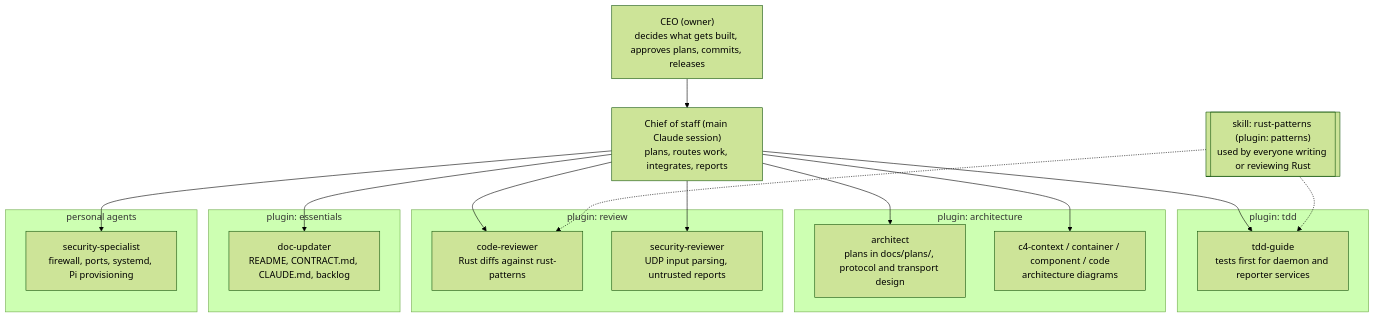
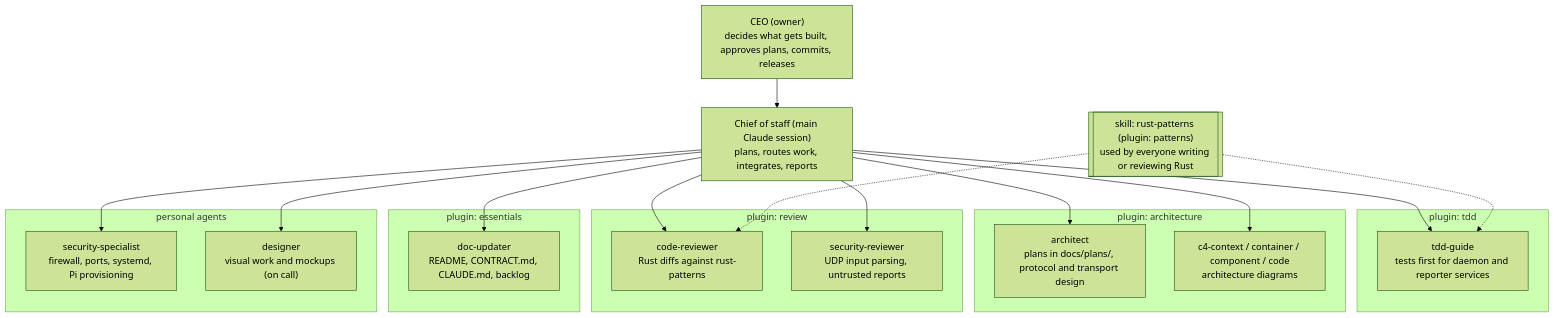
Before and after one commit to nokri-mohammed/deskpane: the diagram in docs/TEAM.md, drawn with Mermaid (forest theme). The commit also changed other lines of this file and 4 other files, not shown here.

````diff
--- a/docs/TEAM.md
+++ b/docs/TEAM.md
@@ -6,40 +6,42 @@
 ```mermaid
 flowchart TD
     CEO["CEO (owner)<br/>decides what gets built, approves plans, commits, releases"]
     COS["Chief of staff (main Claude session)<br/>plans, routes work, integrates, reports"]
     CEO --> COS
 
     subgraph architecture["plugin: architecture"]
         ARCH["architect<br/>plans in docs/plans/, protocol and transport design"]
         C4["c4-context / container / component / code<br/>architecture diagrams"]
     end
 
     subgraph tdd["plugin: tdd"]
         TDD["tdd-guide<br/>tests first for daemon and reporter services"]
     end
 
     subgraph review["plugin: review"]
         CR["code-reviewer<br/>Rust diffs against rust-patterns"]
         SR["security-reviewer<br/>UDP input parsing, untrusted reports"]
     end
 
     subgraph essentials["plugin: essentials"]
         DOC["doc-updater<br/>README, CONTRACT.md, CLAUDE.md, backlog"]
     end
 
     subgraph personal["personal agents"]
         SS["security-specialist<br/>firewall, ports, systemd, Pi provisioning"]
+        DES["designer<br/>visual work and mockups (on call)"]
     end
 
     PAT[["skill: rust-patterns (plugin: patterns)<br/>used by everyone writing or reviewing Rust"]]
 
     COS --> ARCH
     COS --> C4
     COS --> TDD
     COS --> CR
     COS --> SR
     COS --> DOC
     COS --> SS
+    COS --> DES
     PAT -.-> TDD
     PAT -.-> CR
 ```
````
